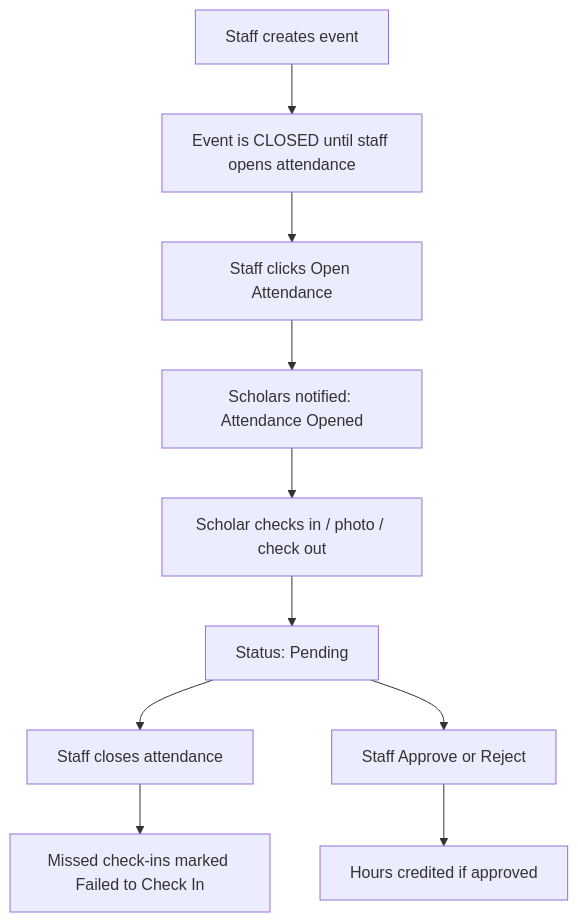
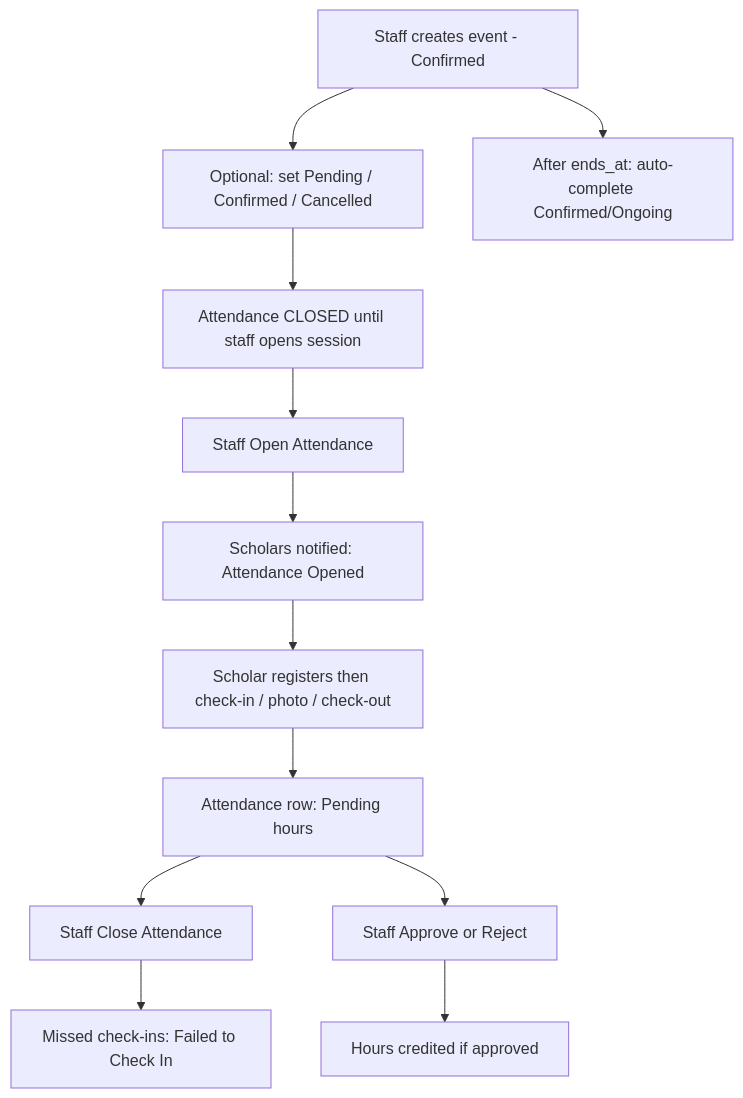
The third of 5 diagrams in README.md (khenierosecosinero/bsscholarapp), drawn with Mermaid before and after one commit. The commit also changed other lines of this file and 49 other files, not shown here.

````diff
--- a/README.md
+++ b/README.md
@@ -237,12 +247,14 @@
 ```mermaid
 flowchart TD
-  A[Staff creates event] --> B[Event is CLOSED until staff opens attendance]
-  B --> C[Staff clicks Open Attendance]
-  C --> D[Scholars notified: Attendance Opened]
-  D --> E[Scholar checks in / photo / check out]
-  E --> F[Status: Pending]
-  F --> G[Staff closes attendance]
-  G --> H[Missed check-ins marked Failed to Check In]
-  F --> I[Staff Approve or Reject]
-  I --> J[Hours credited if approved]
+  A[Staff creates event - Confirmed] --> B[Optional: set Pending / Confirmed / Cancelled]
+  B --> C[Attendance CLOSED until staff opens session]
+  C --> D[Staff Open Attendance]
+  D --> E[Scholars notified: Attendance Opened]
+  E --> F[Scholar registers then check-in / photo / check-out]
+  F --> G[Attendance row: Pending hours]
+  G --> H[Staff Close Attendance]
+  H --> I[Missed check-ins: Failed to Check In]
+  G --> J[Staff Approve or Reject]
+  J --> K[Hours credited if approved]
+  A --> L[After ends_at: auto-complete Confirmed/Ongoing]
 ```
````
